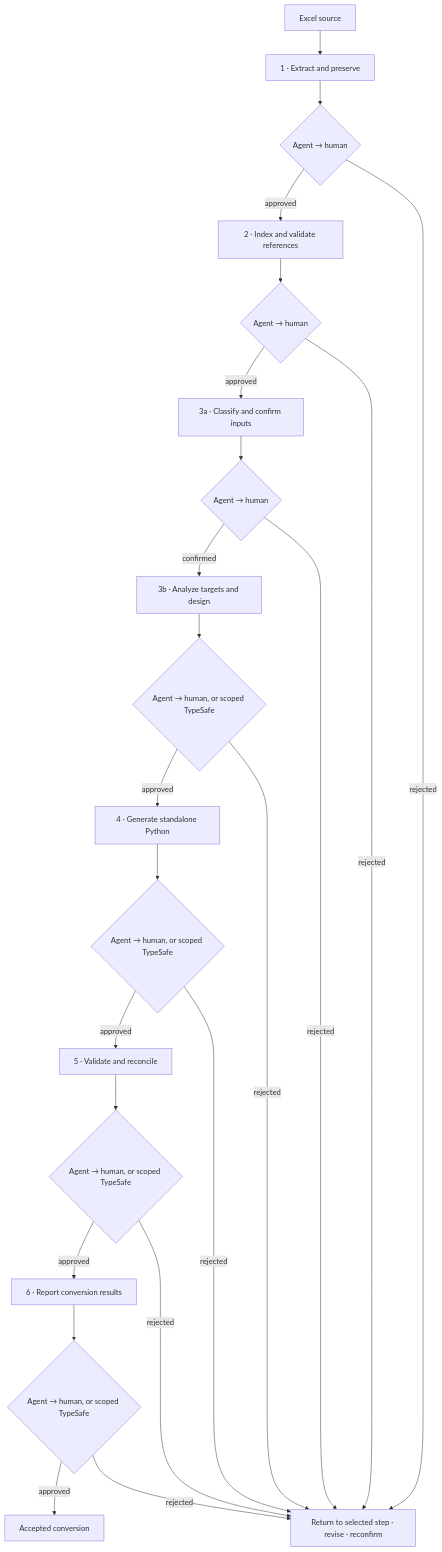
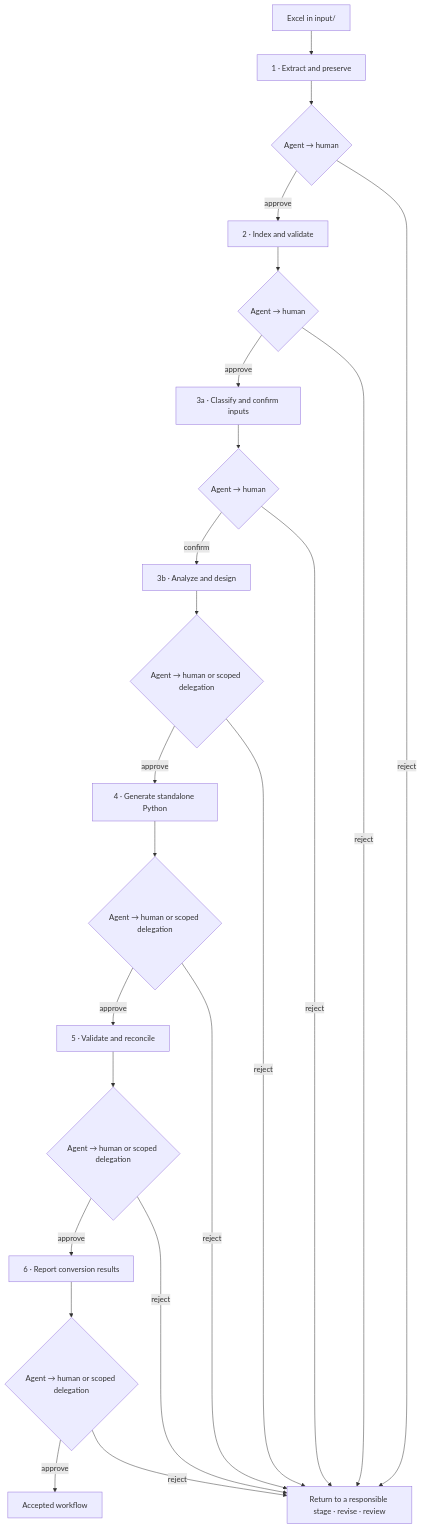
One commit to ferryhe/excel_to_act changed the diagram in README.md. Above: the diagram before and after it, drawn with Mermaid. The commit also changed other lines of this file and 24 other files, not shown here.

````diff
--- a/README.md
+++ b/README.md
@@ -9,19 +9,19 @@
 ```mermaid
 flowchart TD
-    X[Excel source] --> S1[1 · Extract and preserve]
+    X[Excel in input/] --> S1[1 · Extract and preserve]
     S1 --> A1{Agent → human}
-    A1 -->|approved| S2[2 · Index and validate references]
+    A1 -->|approve| S2[2 · Index and validate]
     S2 --> A2{Agent → human}
-    A2 -->|approved| S3I[3a · Classify and confirm inputs]
+    A2 -->|approve| S3I[3a · Classify and confirm inputs]
     S3I --> A3I{Agent → human}
-    A3I -->|confirmed| S3[3b · Analyze targets and design]
-    S3 --> A3{Agent → human, or scoped TypeSafe}
-    A3 -->|approved| S4[4 · Generate standalone Python]
-    S4 --> A4{Agent → human, or scoped TypeSafe}
-    A4 -->|approved| S5[5 · Validate and reconcile]
-    S5 --> A5{Agent → human, or scoped TypeSafe}
-    A5 -->|approved| S6[6 · Report conversion results]
-    S6 --> A6{Agent → human, or scoped TypeSafe}
-    A6 -->|approved| D[Accepted conversion]
-    A1 & A2 & A3I & A3 & A4 & A5 & A6 -->|rejected| R[Return to selected step · revise · reconfirm]
+    A3I -->|confirm| S3[3b · Analyze and design]
+    S3 --> A3{Agent → human or scoped delegation}
+    A3 -->|approve| S4[4 · Generate standalone Python]
+    S4 --> A4{Agent → human or scoped delegation}
+    A4 -->|approve| S5[5 · Validate and reconcile]
+    S5 --> A5{Agent → human or scoped delegation}
+    A5 -->|approve| S6[6 · Report conversion results]
+    S6 --> A6{Agent → human or scoped delegation}
+    A6 -->|approve| D[Accepted workflow]
+    A1 & A2 & A3I & A3 & A4 & A5 & A6 -->|reject| R[Return to a responsible stage · revise · review]
 ```
````
